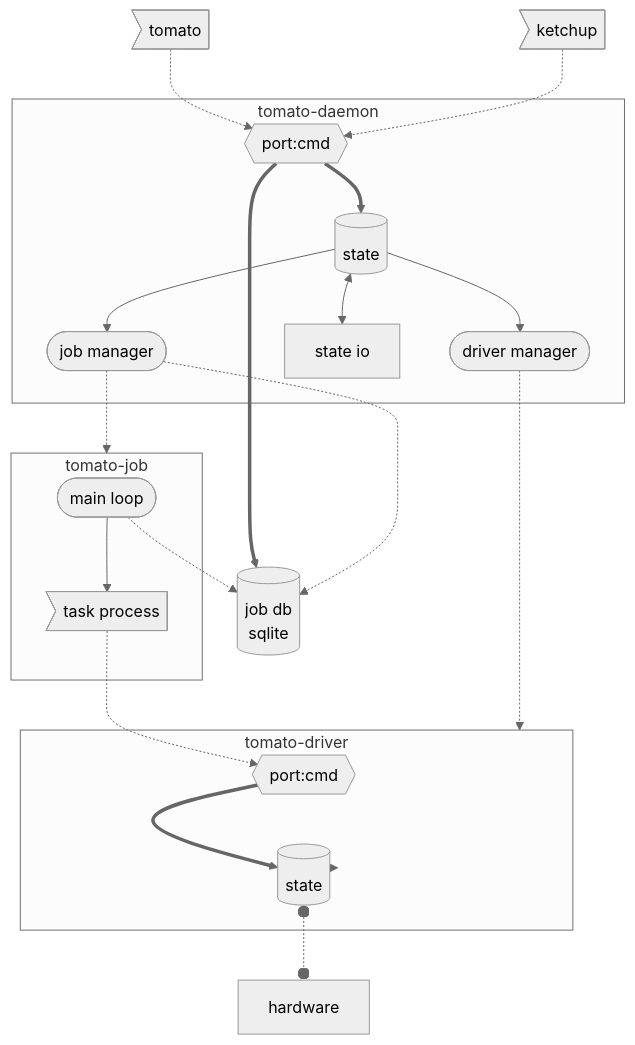
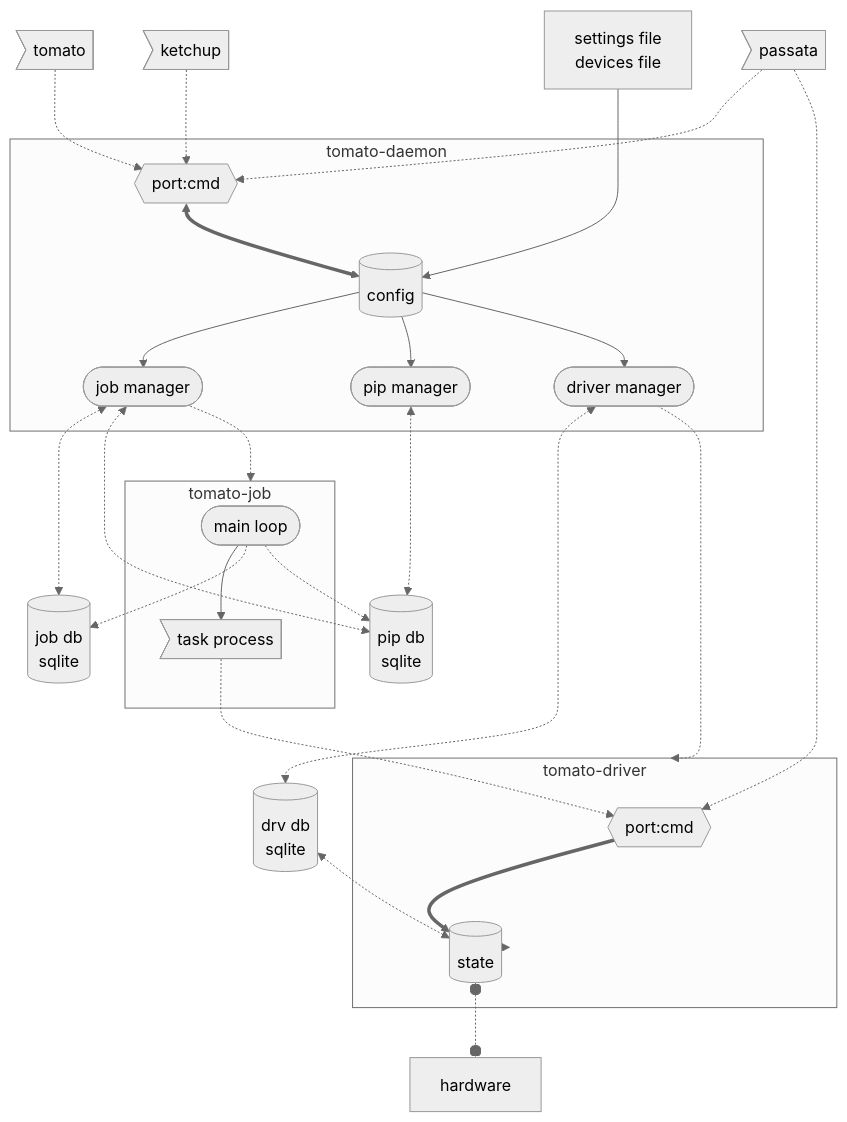
The first of 2 diagrams in docs/source/quickstart.rst (dgbowl/tomato), drawn with Mermaid (neutral theme) before and after one commit. The commit also changed other lines of this file and 48 other files, not shown here.

```diff
--- a/docs/source/quickstart.rst
+++ b/docs/source/quickstart.rst
@@ -39,31 +40,44 @@
 .. mermaid::
 
   flowchart TB
       subgraph daemon[tomato-daemon]
-          cmd{{port:cmd}} ==> st[(state)]
-          st --> jm([job manager])
-          st --> dm([driver manager])
-          st <--> io[state io]
+          cmd{{port:cmd}} <==> cfg[(config)]
+          cfg --> jm([job manager])
+          cfg --> pm([pip manager])
+          cfg --> dm([driver manager])
+
       end
+
+      jm -.-> job
+
+      subgraph job[tomato-job]
+          mp([main loop]) --> tp>task process]
+      end
+
+      jm <-.-> jobdb[(job db\nsqlite)]
+      mp -.-> jobdb
+
+      jm <-.-> pipdb[(pip db\nsqlite)]
+      pm <-.-> pipdb
+      mp -.-> pipdb
+
+      dm <-.-> drvdb[(drv db\nsqlite)]
+      drvdb <-.-> dst
+
+      setf[settings file\ndevices file] ---> cfg
+
+      t>tomato] -.-> cmd
+      k>ketchup] -.-> cmd
+
+      dst -.-> driver
+      dm -..-> driver
+      tp -.-> dcmd
 
       subgraph driver[tomato-driver]
           dcmd{{port:cmd}} ==>  dst[(state)]
       end
 
       dst o-.-o h1[hardware]
 
-      subgraph job[tomato-job]
-          mp([main loop]) --> tp>task process]
-      end
-
-      cmd ==> db[(job db\nsqlite)]
-      jm -.-> db
-      mp -.-> db
-
-      t>tomato] -.-> cmd
-      k>ketchup] -.-> cmd
-
-      jm -.-> job
-      dst -.-> driver
-      dm -..-> driver
-      tp -.-> dcmd
+      p>passata] -.-> cmd
+      p -.-> dcmd
```
